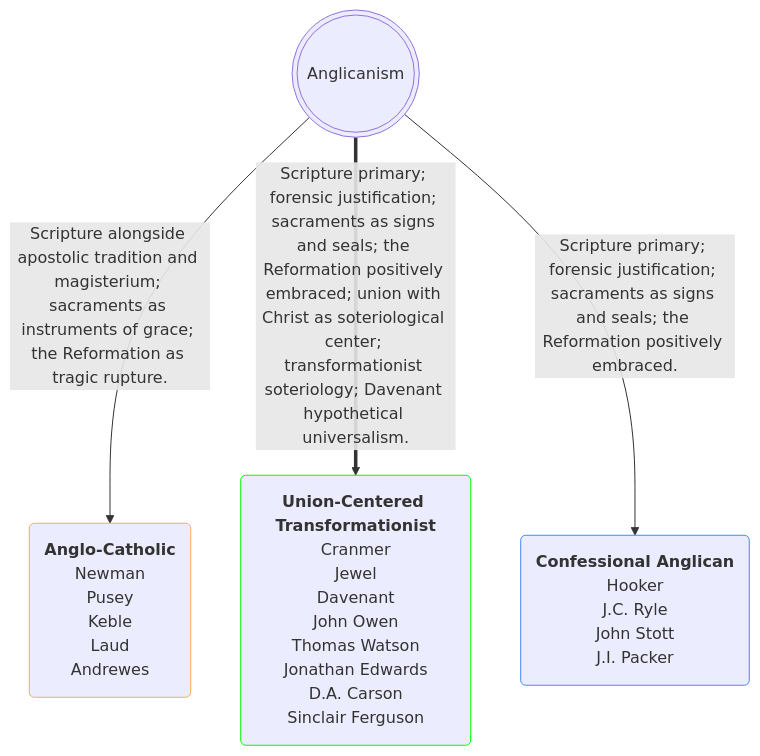
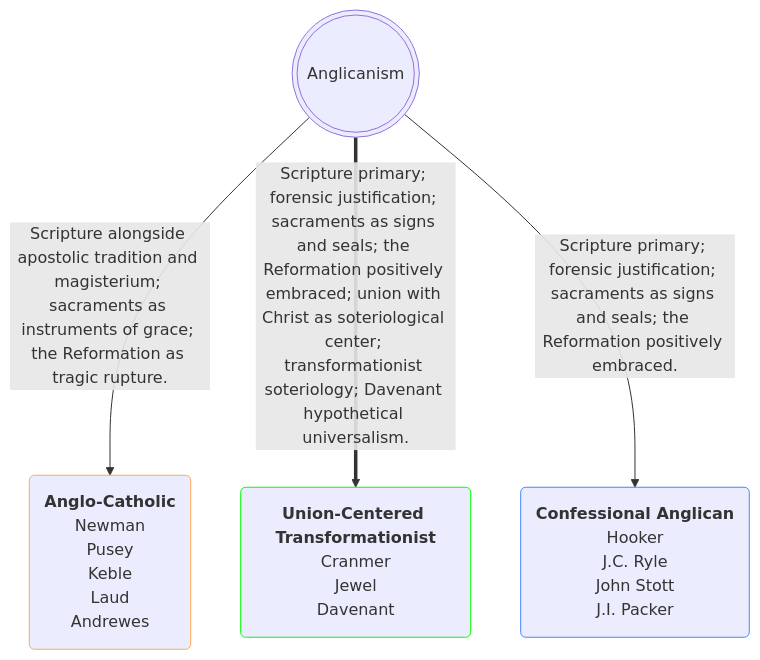
One commit to OrdoLuminis/ordoluminis.github.io changed the first of 2 diagrams in _posts/2026-03-27-confessional-vs-anglo-catholic.markdown. Above: the diagram before and after it, drawn with Mermaid. The commit also changed other lines of this file, not shown here.

````diff
--- a/_posts/2026-03-27-confessional-vs-anglo-catholic.markdown
+++ b/_posts/2026-03-27-confessional-vs-anglo-catholic.markdown
@@ -44,10 +44,10 @@
 ```mermaid
 flowchart TD
     A(((Anglicanism)))
     A -->|Scripture alongside apostolic tradition and magisterium; sacraments as instruments of grace; the Reformation as tragic rupture.| B(<strong>Anglo-Catholic</strong><br>Newman<br>Pusey<br>Keble<br>Laud<br>Andrewes):::orange
-    A ==>|Scripture primary; forensic justification; sacraments as signs and seals; the Reformation positively embraced; union with Christ as soteriological center; transformationist soteriology; Davenant hypothetical universalism.| D(<strong>Union-Centered Transformationist</strong><br>Cranmer<br>Jewel<br>Davenant<br>John Owen<br>Thomas Watson<br>Jonathan Edwards<br>D.A. Carson<br>Sinclair Ferguson):::green
+    A ==>|Scripture primary; forensic justification; sacraments as signs and seals; the Reformation positively embraced; union with Christ as soteriological center; transformationist soteriology; Davenant hypothetical universalism.| D(<strong>Union-Centered Transformationist</strong><br>Cranmer<br>Jewel<br>Davenant):::green
     A -->|Scripture primary; forensic justification; sacraments as signs and seals; the Reformation positively embraced.| C(<strong>Confessional Anglican</strong><br>Hooker<br>J.C. Ryle<br>John Stott<br>J.I. Packer):::blue
     classDef green stroke:#0f0
     classDef orange stroke:#fa5
     classDef blue stroke:#48f
 ```
````
